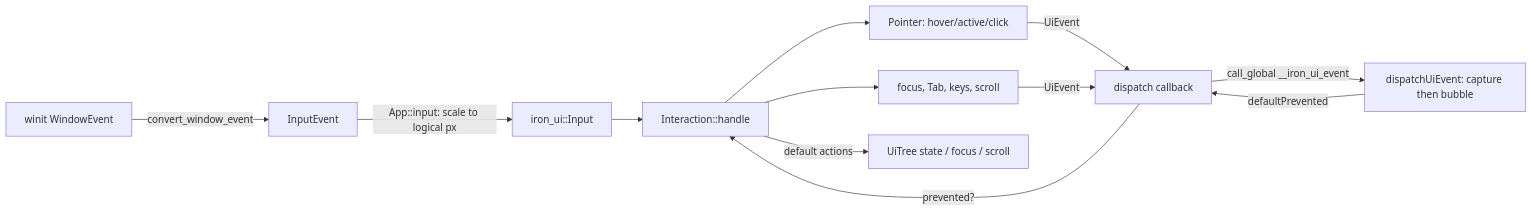
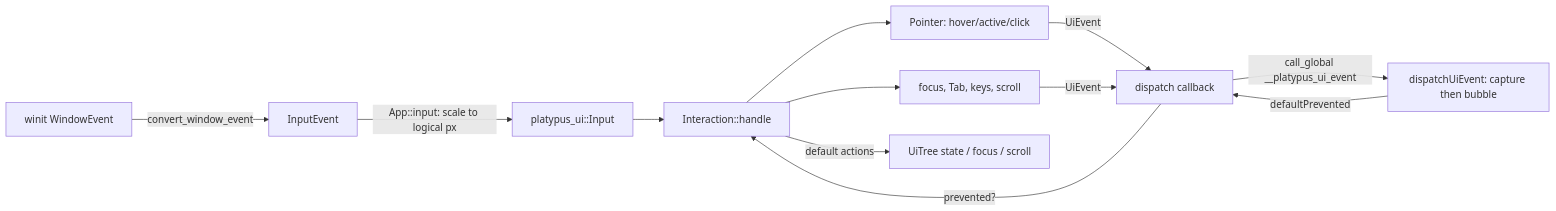
One commit to Quacky2200/Iron changed the first of 2 diagrams in docs/input-and-events.md. Above: the diagram before and after it, drawn with Mermaid. The commit also changed other lines of this file and 796 other files, not shown here.

````diff
--- a/docs/input-and-events.md
+++ b/docs/input-and-events.md
@@ -10,13 +10,13 @@
 ```mermaid
 flowchart LR
   W[winit WindowEvent] -->|convert_window_event| IE[InputEvent]
-  IE -->|App::input: scale to logical px| IN[iron_ui::Input]
+  IE -->|App::input: scale to logical px| IN[platypus_ui::Input]
   IN --> H[Interaction::handle]
   H --> P[Pointer: hover/active/click]
   H --> F[focus, Tab, keys, scroll]
   P & F -->|UiEvent| D[dispatch callback]
-  D -->|call_global __iron_ui_event| JS[dispatchUiEvent: capture then bubble]
+  D -->|call_global __platypus_ui_event| JS[dispatchUiEvent: capture then bubble]
   JS -->|defaultPrevented| D
   D -->|prevented?| H
   H -->|default actions| T[UiTree state / focus / scroll]
 ```
````
